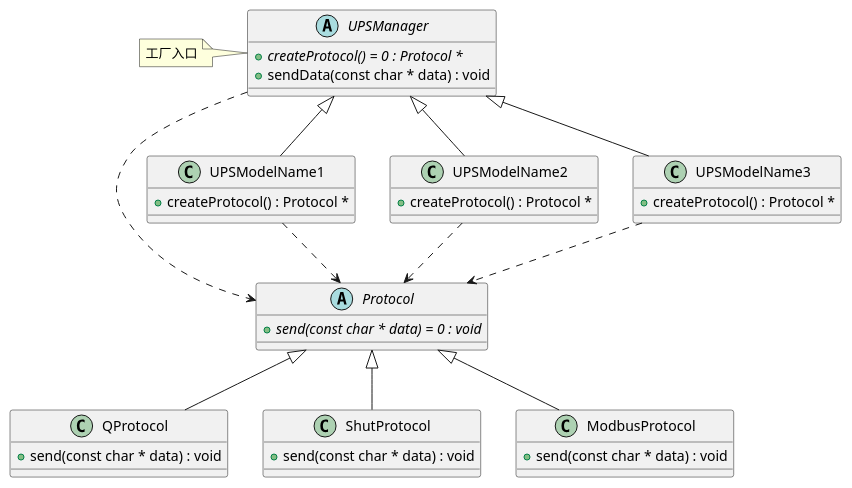
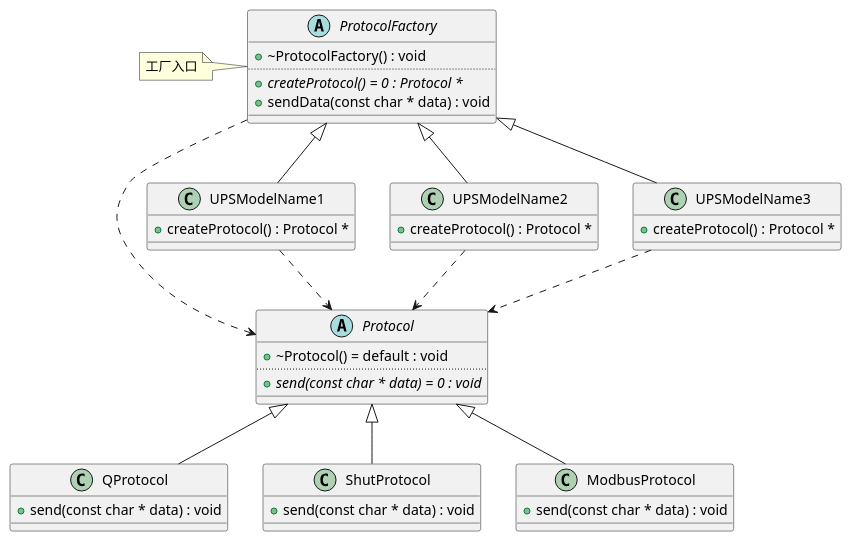
The diagram in diagrams/FactoryMethod_class.puml (haiyunduan-eaton/design-patterns-for-humans), drawn with PlantUML before and after one commit. The commit also changed 5 other files, not shown here.

Commit message:
add AbstractFactory

```diff
--- a/diagrams/FactoryMethod_class.puml
+++ b/diagrams/FactoryMethod_class.puml
@@ -1,63 +1,67 @@
 @startuml
 abstract "Protocol" as C_0018182339080401046621
 abstract C_0018182339080401046621 {
++~Protocol() = default : void
+..
 {abstract} +send(const char * data) = 0 : void
 __
 }
 class "QProtocol" as C_0007258646515313362181
 class C_0007258646515313362181 {
 +send(const char * data) : void
 __
 }
 class "ShutProtocol" as C_0002376441575263961422
 class C_0002376441575263961422 {
 +send(const char * data) : void
 __
 }
 class "ModbusProtocol" as C_0011601201801728325318
 class C_0011601201801728325318 {
 +send(const char * data) : void
 __
 }
-abstract "UPSManager" as C_0018006461542373257224
-abstract C_0018006461542373257224 {
+abstract "ProtocolFactory" as C_0009710668080765331156
+abstract C_0009710668080765331156 {
++~ProtocolFactory() : void
+..
 {abstract} +createProtocol() = 0 : Protocol *
 +sendData(const char * data) : void
 __
 }
 class "UPSModelName1" as C_0001986085043519865939
 class C_0001986085043519865939 {
 +createProtocol() : Protocol *
 __
 }
 class "UPSModelName2" as C_0015450852741109391994
 class C_0015450852741109391994 {
 +createProtocol() : Protocol *
 __
 }
 class "UPSModelName3" as C_0016187170553774926198
 class C_0016187170553774926198 {
 +createProtocol() : Protocol *
 __
 }
 C_0018182339080401046621 <|-- C_0007258646515313362181
 
 C_0018182339080401046621 <|-- C_0002376441575263961422
 
 C_0018182339080401046621 <|-- C_0011601201801728325318
 
-C_0018006461542373257224 ..> C_0018182339080401046621
+C_0009710668080765331156 ..> C_0018182339080401046621
 C_0001986085043519865939 ..> C_0018182339080401046621
-C_0018006461542373257224 <|-- C_0001986085043519865939
+C_0009710668080765331156 <|-- C_0001986085043519865939
 
 C_0015450852741109391994 ..> C_0018182339080401046621
-C_0018006461542373257224 <|-- C_0015450852741109391994
+C_0009710668080765331156 <|-- C_0015450852741109391994
 
 C_0016187170553774926198 ..> C_0018182339080401046621
-C_0018006461542373257224 <|-- C_0016187170553774926198
+C_0009710668080765331156 <|-- C_0016187170553774926198
 
-note left of C_0018006461542373257224: 工厂入口
+note left of C_0009710668080765331156: 工厂入口
 
 'Generated with clang-uml, version 0.5.4-14-ga36f4ca
 'LLVM version Ubuntu clang version 14.0.0-1ubuntu1.1
 @enduml
```
